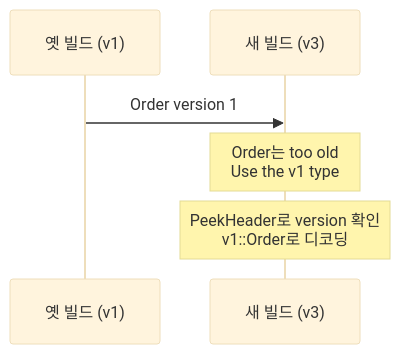
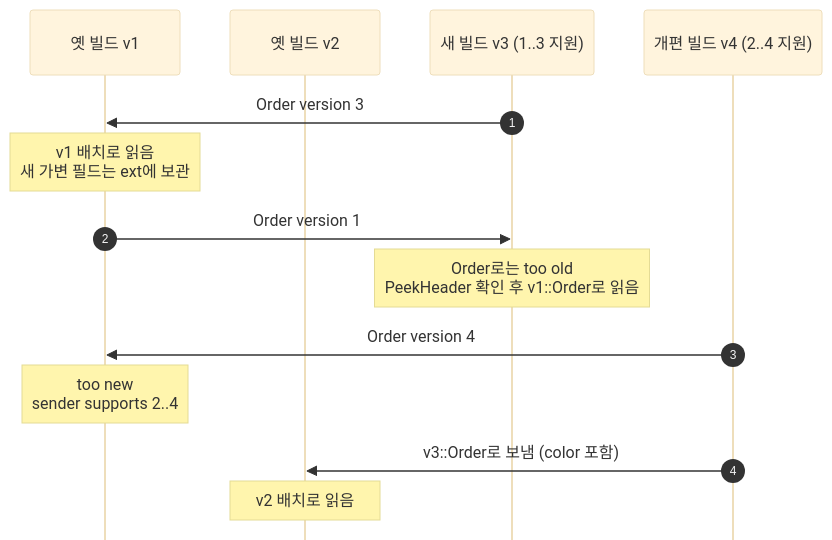
The diagram in README.ko.md (splendidz/protaco), drawn with Mermaid (base theme) before and after one commit. The commit also changed other lines of this file and 9 other files, not shown here.

Commit message:
README: zero-copy benchmark near the top (figure, booktabs table), mixed-deployment section, receive checks as pseudocode, one deployment diagram, measured Serialize reuse

````diff
--- a/README.ko.md
+++ b/README.ko.md
@@ -1015,8 +1013,17 @@
 ```mermaid
+%%{init: {"sequence": {"mirrorActors": false}}}%%
 sequenceDiagram
-    participant O as 옛 빌드 (v1)
-    participant N as 새 빌드 (v3)
-    O->>N: Order version 1
-    Note over N: Order는 too old<br/>Use the v1 type
-    Note over N: PeekHeader로 version 확인<br/>v1::Order로 디코딩
+    autonumber
+    participant V1 as 옛 빌드 v1
+    participant V2 as 옛 빌드 v2
+    participant V3 as 새 빌드 v3 (1..3 지원)
+    participant V4 as 개편 빌드 v4 (2..4 지원)
+    V3->>V1: Order version 3
+    Note over V1: v1 배치로 읽음<br/>새 가변 필드는 ext에 보관
+    V1->>V3: Order version 1
+    Note over V3: Order로는 too old<br/>PeekHeader 확인 후 v1::Order로 읽음
+    V4->>V1: Order version 4
+    Note over V1: too new<br/>sender supports 2..4
+    V4->>V2: v3::Order로 보냄 (color 포함)
+    Note over V2: v2 배치로 읽음
 ```
````
